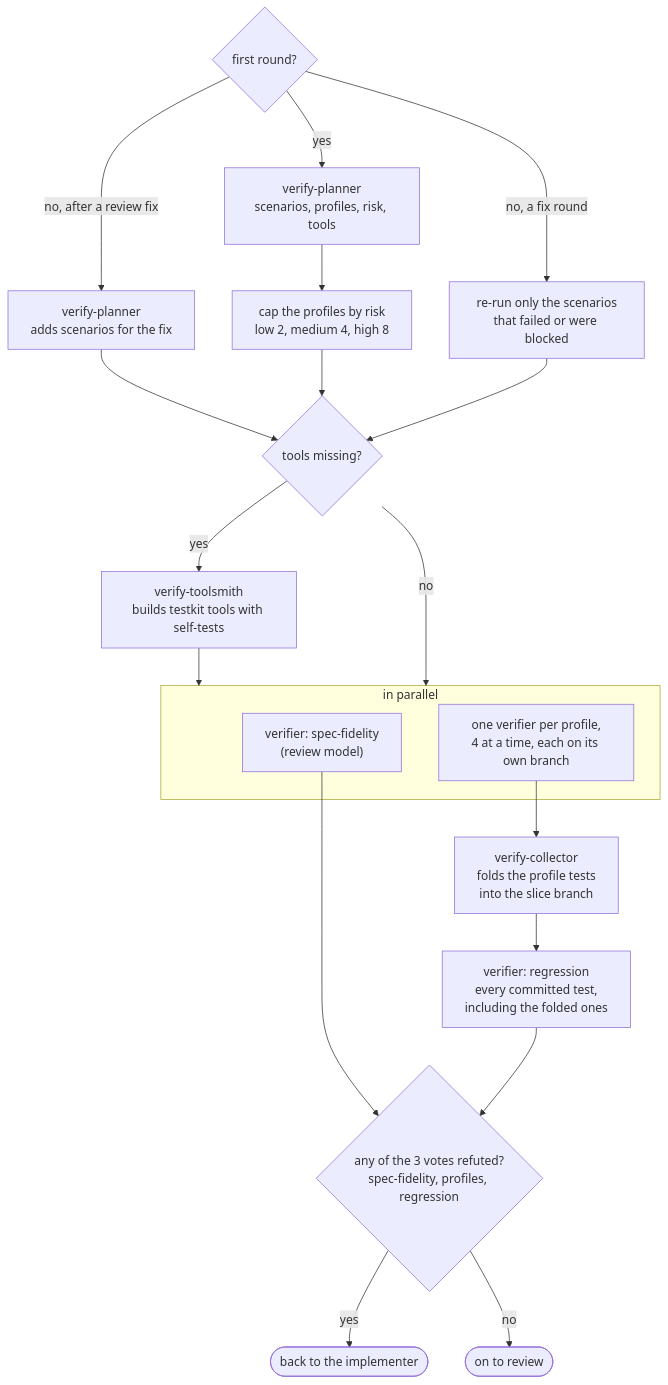
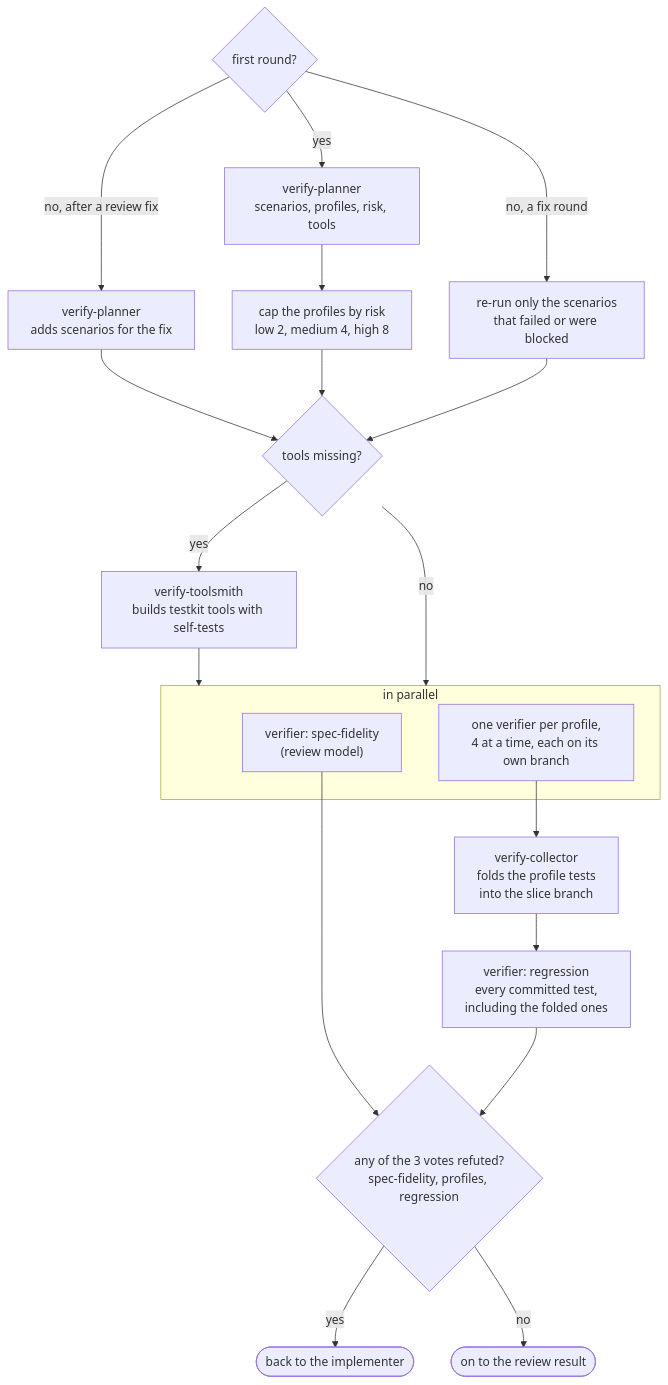
The fifth of 8 diagrams in README.md (omarahr/sdlc), drawn with Mermaid before and after one commit. The commit also changed other lines of this file and 12 other files, not shown here.

````diff
--- a/README.md
+++ b/README.md
@@ -273,22 +275,22 @@
 ```mermaid
 flowchart TD
   R0{"first round?"}
   R0 -- yes --> VP["verify-planner<br/>scenarios, profiles, risk, tools"]
   VP --> CAP["cap the profiles by risk<br/>low 2, medium 4, high 8"]
   R0 -- "no, a fix round" --> PEND["re-run only the scenarios<br/>that failed or were blocked"]
   R0 -- "no, after a review fix" --> RF["verify-planner<br/>adds scenarios for the fix"]
   RF --> TS
   CAP --> TS{"tools missing?"}
   PEND --> TS
   TS -- yes --> TSM["verify-toolsmith<br/>builds testkit tools with self-tests"] --> PAR
   TS -- no --> PAR
   subgraph PAR ["in parallel"]
     SF["verifier: spec-fidelity<br/>(review model)"]
     PV["one verifier per profile,<br/>4 at a time, each on its own branch"]
   end
   PV --> COL["verify-collector<br/>folds the profile tests<br/>into the slice branch"]
   COL --> RG["verifier: regression<br/>every committed test,<br/>including the folded ones"]
   SF & RG --> TALLY{"any of the 3 votes refuted?<br/>spec-fidelity, profiles, regression"}
   TALLY -- yes --> BACK(["back to the implementer"])
-  TALLY -- no --> REV(["on to review"])
+  TALLY -- no --> REV(["on to the review result"])
 ```
````
